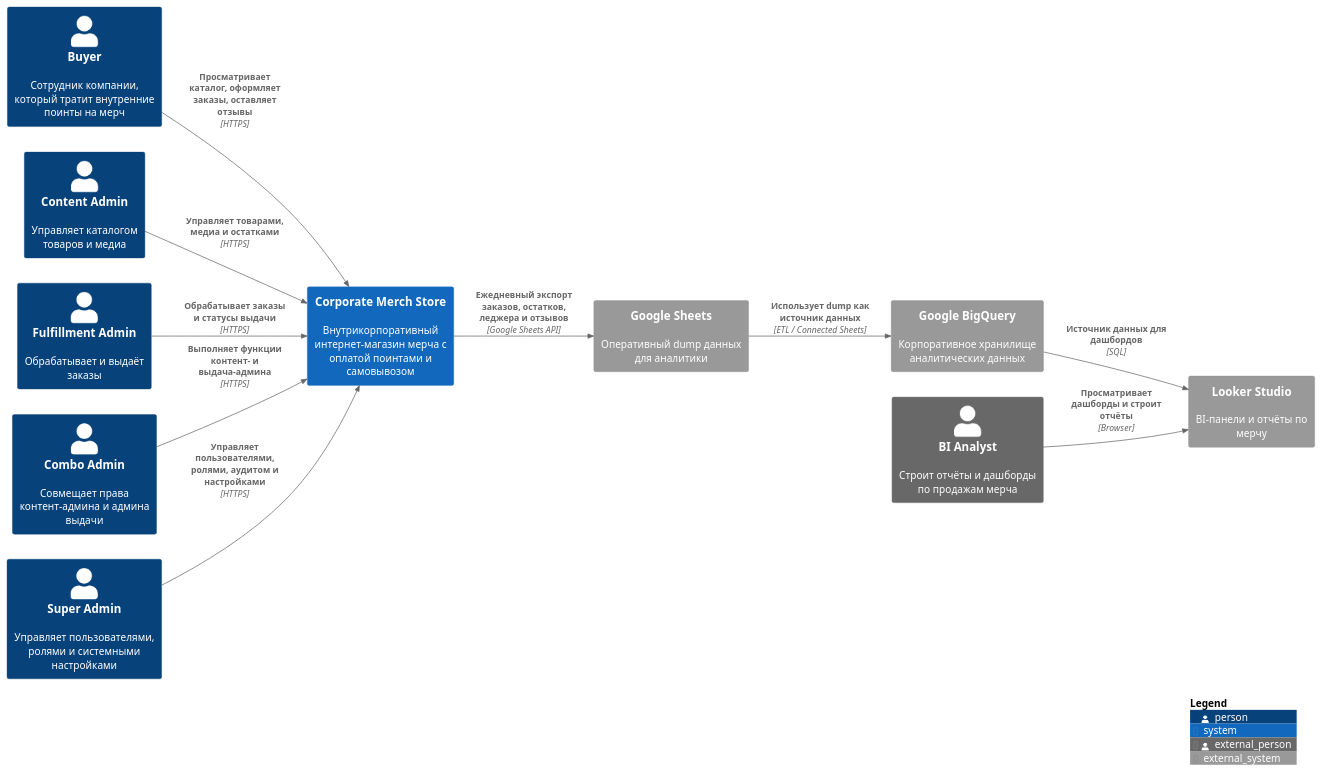
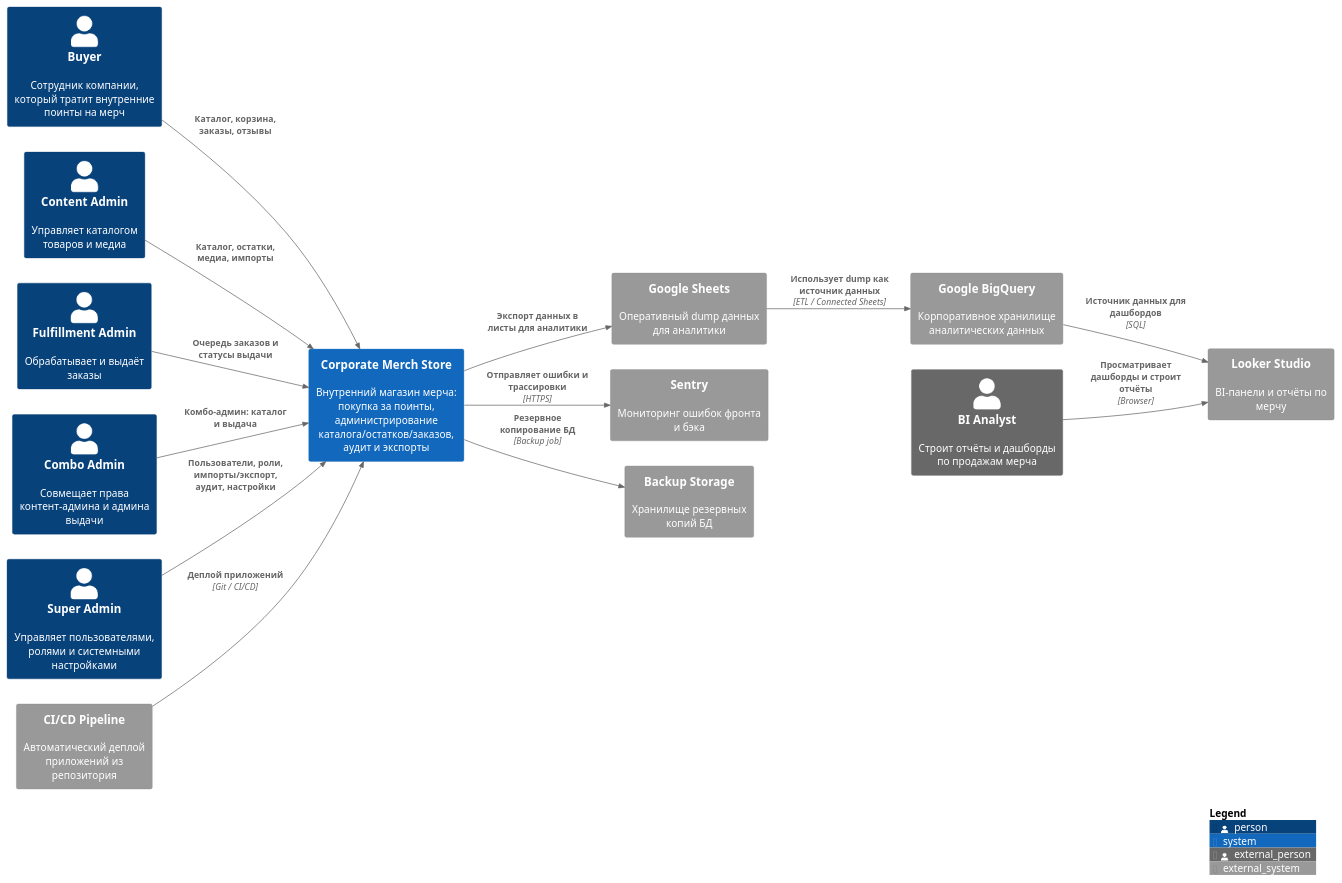
Before and after one commit to saurusel/PAPS_labs_MAOlenin: the diagram in Lab Work № 2/PlantUML/c4_context.puml, drawn with PlantUML. The commit also changed 3 other files, not shown here.

Commit message:
fix(c4): align PlantUML sources across levels

```diff
--- a/Lab Work № 2/PlantUML/c4_context.puml
+++ b/Lab Work № 2/PlantUML/c4_context.puml
@@ -1,31 +1,39 @@
 @startuml C4_Context
 !includeurl https://raw.githubusercontent.com/plantuml-stdlib/C4-PlantUML/master/C4_Context.puml
 
 LAYOUT_LEFT_RIGHT()
 
 Person(buyer, "Buyer", "Сотрудник компании, который тратит внутренние поинты на мерч")
 Person(content_admin, "Content Admin", "Управляет каталогом товаров и медиа")
 Person(fulfillment_admin, "Fulfillment Admin", "Обрабатывает и выдаёт заказы")
 Person(combo_admin, "Combo Admin", "Совмещает права контент-админа и админа выдачи")
 Person(super_admin, "Super Admin", "Управляет пользователями, ролями и системными настройками")
 Person_Ext(bi_analyst, "BI Analyst", "Строит отчёты и дашборды по продажам мерча")
 
-System(merch_system, "Corporate Merch Store", "Внутрикорпоративный интернет-магазин мерча с оплатой поинтами и самовывозом")
+System(merch_system, "Corporate Merch Store", "Внутренний магазин мерча: покупка за поинты, администрирование каталога/остатков/заказов, аудит и экспорты")
 
 System_Ext(google_sheets, "Google Sheets", "Оперативный dump данных для аналитики")
 System_Ext(bigquery, "Google BigQuery", "Корпоративное хранилище аналитических данных")
 System_Ext(looker, "Looker Studio", "BI-панели и отчёты по мерчу")
 
-Rel(buyer, merch_system, "Просматривает каталог, оформляет заказы, оставляет отзывы", "HTTPS")
-Rel(content_admin, merch_system, "Управляет товарами, медиа и остатками", "HTTPS")
-Rel(fulfillment_admin, merch_system, "Обрабатывает заказы и статусы выдачи", "HTTPS")
-Rel(combo_admin, merch_system, "Выполняет функции контент- и выдача-админа", "HTTPS")
-Rel(super_admin, merch_system, "Управляет пользователями, ролями, аудитом и настройками", "HTTPS")
+System_Ext(sentry, "Sentry", "Мониторинг ошибок фронта и бэка")
+System_Ext(ci_cd, "CI/CD Pipeline", "Автоматический деплой приложений из репозитория")
+System_Ext(backup_storage, "Backup Storage", "Хранилище резервных копий БД")
 
-Rel(merch_system, google_sheets, "Ежедневный экспорт заказов, остатков, леджера и отзывов", "Google Sheets API")
+Rel(buyer, merch_system, "Каталог, корзина, заказы, отзывы")
+Rel(content_admin, merch_system, "Каталог, остатки, медиа, импорты")
+Rel(fulfillment_admin, merch_system, "Очередь заказов и статусы выдачи")
+Rel(combo_admin, merch_system, "Комбо-админ: каталог и выдача")
+Rel(super_admin, merch_system, "Пользователи, роли, импорты/экспорт, аудит, настройки")
+
+Rel(merch_system, google_sheets, "Экспорт данных в листы для аналитики")
 Rel(google_sheets, bigquery, "Использует dump как источник данных", "ETL / Connected Sheets")
 Rel(bigquery, looker, "Источник данных для дашбордов", "SQL")
 Rel(bi_analyst, looker, "Просматривает дашборды и строит отчёты", "Browser")
 
+Rel(merch_system, sentry, "Отправляет ошибки и трассировки", "HTTPS")
+Rel(ci_cd, merch_system, "Деплой приложений", "Git / CI/CD")
+Rel(merch_system, backup_storage, "Резервное копирование БД", "Backup job")
+
 SHOW_LEGEND()
 @enduml
```
